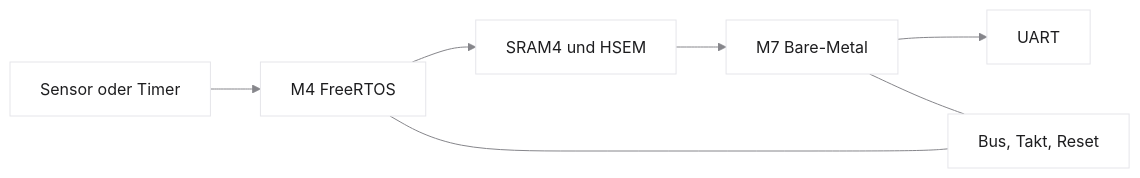
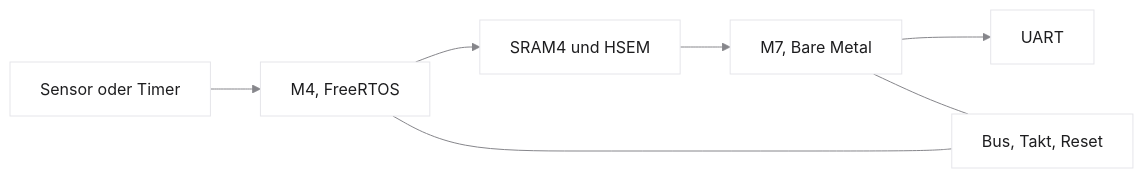
The third of 11 diagrams in vorlesungen/09_capstone-architekturmuster.qmd (dantschi/echtzeitsysteme), drawn with Mermaid before and after one commit. The commit also changed other lines of this file, not shown here.

````diff
--- a/vorlesungen/09_capstone-architekturmuster.qmd
+++ b/vorlesungen/09_capstone-architekturmuster.qmd
@@ -116,11 +183,11 @@
 ```{mermaid}
-%%| fig-width: 6.4
+%%| fig-width: 8.8
 %%{init: {'theme': 'base', 'themeVariables': {'background': '#FFFFFF', 'primaryColor': '#FFFFFF', 'primaryBorderColor': '#E5E5EA', 'primaryTextColor': '#1D1D1F', 'lineColor': '#86868B'}}}%%
 flowchart LR
-  S[Sensor oder Timer] --> M4[M4 FreeRTOS]
-  M4 --> SH[SRAM4 und HSEM]
-  SH --> M7[M7 Bare-Metal]
-  M7 --> U[UART]
-  M4 --- B[Bus, Takt, Reset]
+  S["Sensor oder Timer"] --> M4["M4, FreeRTOS"]
+  M4 --> SH["SRAM4 und HSEM"]
+  SH --> M7["M7, Bare Metal"]
+  M7 --> U["UART"]
+  M4 --- B["Bus, Takt, Reset"]
   M7 --- B
 ```
````
